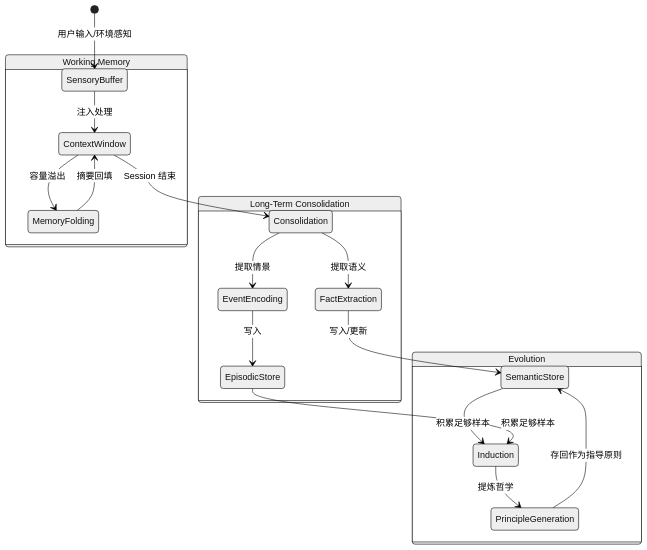
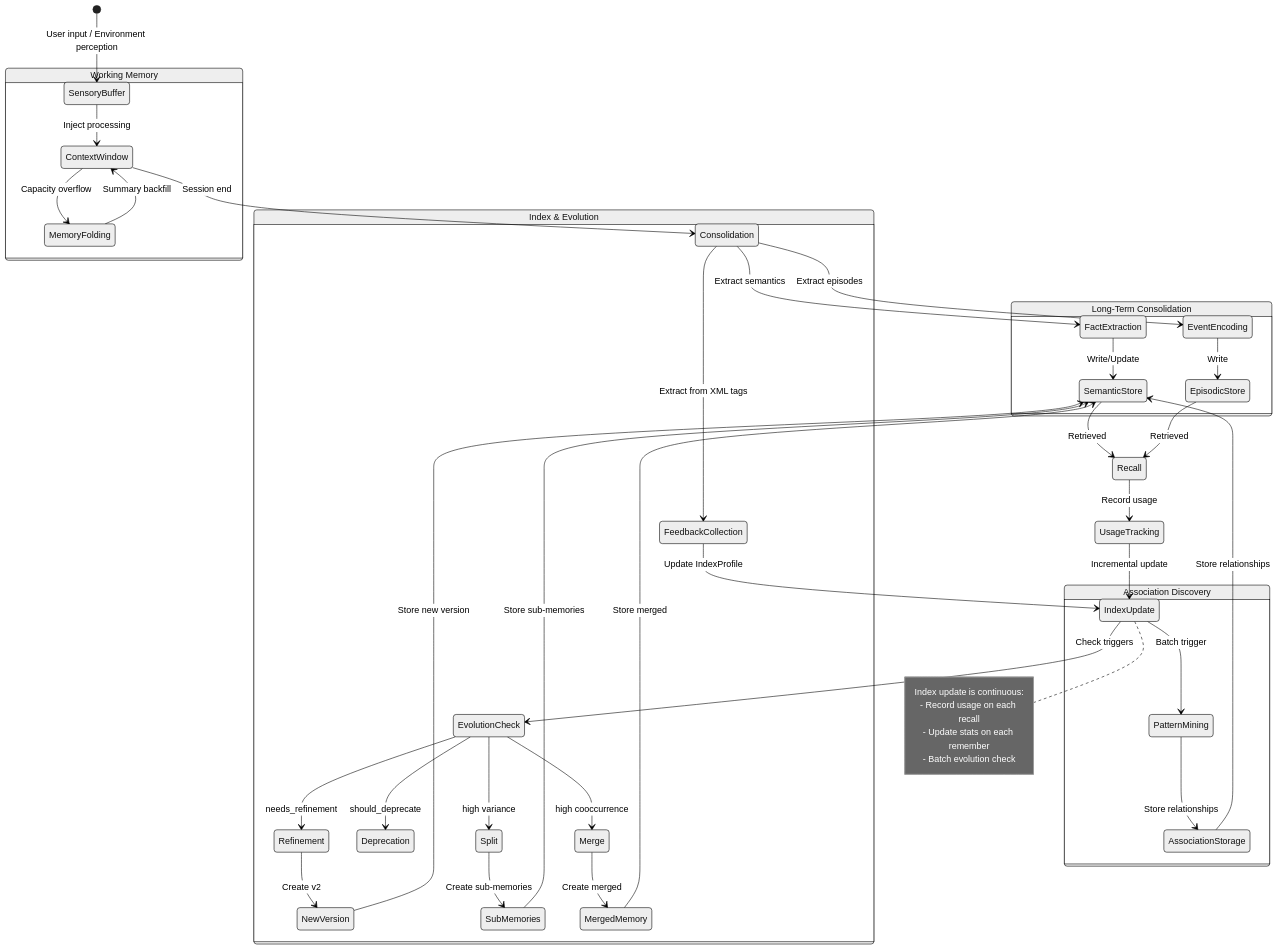
One commit to Lincyaw/h-mem changed the sixth of 6 diagrams in docs/workflows.md. Above: the diagram before and after it, drawn with Mermaid (neutral theme). The commit also changed other lines of this file and 2 other files, not shown here.

````diff
--- a/docs/workflows.md
+++ b/docs/workflows.md
@@ -258,28 +502,58 @@
 ```mermaid
-stateDiagram-v2  
-    [*] --> SensoryBuffer: 用户输入/环境感知  
-      
-    state "Working Memory" as WM {  
-        SensoryBuffer --> ContextWindow: 注入处理  
-        ContextWindow --> MemoryFolding: 容量溢出  
-        MemoryFolding --> ContextWindow: 摘要回填  
+stateDiagram-v2
+    [*] --> SensoryBuffer: User input / Environment perception
+
+    state "Working Memory" as WM {
+        SensoryBuffer --> ContextWindow: Inject processing
+        ContextWindow --> MemoryFolding: Capacity overflow
+        MemoryFolding --> ContextWindow: Summary backfill
     }
 
-    ContextWindow --> Consolidation: Session 结束  
-      
-    state "Long-Term Consolidation" as LC {  
-        Consolidation --> FactExtraction: 提取语义  
-        Consolidation --> EventEncoding: 提取情景  
-          
-        FactExtraction --> SemanticStore: 写入/更新  
-        EventEncoding --> EpisodicStore: 写入  
+    ContextWindow --> Consolidation: Session end
+
+    state "Long-Term Consolidation" as LC {
+        Consolidation --> FactExtraction: Extract semantics
+        Consolidation --> EventEncoding: Extract episodes
+
+        FactExtraction --> SemanticStore: Write/Update
+        EventEncoding --> EpisodicStore: Write
     }
 
-    SemanticStore --> Induction: 积累足够样本  
-    EpisodicStore --> Induction: 积累足够样本  
-      
-    state "Evolution" as Evo {  
-        Induction --> PrincipleGeneration: 提炼哲学  
-        PrincipleGeneration --> SemanticStore: 存回作为指导原则  
+    state "Index & Evolution" as IE {
+        Consolidation --> FeedbackCollection: Extract from XML tags
+        FeedbackCollection --> IndexUpdate: Update IndexProfile
+
+        IndexUpdate --> EvolutionCheck: Check triggers
+        EvolutionCheck --> Refinement: needs_refinement
+        EvolutionCheck --> Deprecation: should_deprecate
+        EvolutionCheck --> Split: high variance
+        EvolutionCheck --> Merge: high cooccurrence
+
+        Refinement --> NewVersion: Create v2
+        Split --> SubMemories: Create sub-memories
+        Merge --> MergedMemory: Create merged
     }
+
+    state "Association Discovery" as AD {
+        IndexUpdate --> PatternMining: Batch trigger
+        PatternMining --> AssociationStorage: Store relationships
+    }
+
+    SemanticStore --> Recall: Retrieved
+    EpisodicStore --> Recall: Retrieved
+
+    Recall --> UsageTracking: Record usage
+    UsageTracking --> IndexUpdate: Incremental update
+
+    NewVersion --> SemanticStore: Store new version
+    SubMemories --> SemanticStore: Store sub-memories
+    MergedMemory --> SemanticStore: Store merged
+    AssociationStorage --> SemanticStore: Store relationships
+
+    note right of IndexUpdate
+        Index update is continuous:
+        - Record usage on each recall
+        - Update stats on each remember
+        - Batch evolution check
+    end note
 ```
````
